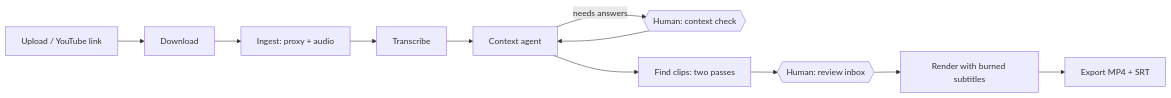
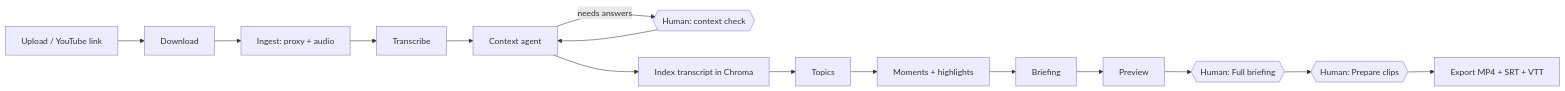
Before and after one commit to ahfamaral/digestor: the diagram in README.md, drawn with Mermaid. The commit also changed other lines of this file and 10 other files, not shown here.

````diff
--- a/README.md
+++ b/README.md
@@ -11,13 +11,15 @@
 ```mermaid
 flowchart LR
   A[Upload / YouTube link] --> B[Download]
   B --> C[Ingest: proxy + audio]
   C --> D[Transcribe]
   D --> E[Context agent]
   E -->|needs answers| H1{{Human: context check}}
   H1 --> E
-  E --> F[Find clips: two passes]
-  F --> H2{{Human: review inbox}}
-  H2 --> G[Render with burned subtitles]
-  G --> X[Export MP4 + SRT]
+  E --> I[Index transcript in Chroma]
+  I --> T[Topics] --> M[Moments + highlights] --> W[Briefing]
+  W --> P[Preview]
+  P --> FB{{Human: Full briefing}}
+  FB --> PR{{Human: Prepare clips}}
+  PR --> X[Export MP4 + SRT + VTT]
 ```
````
